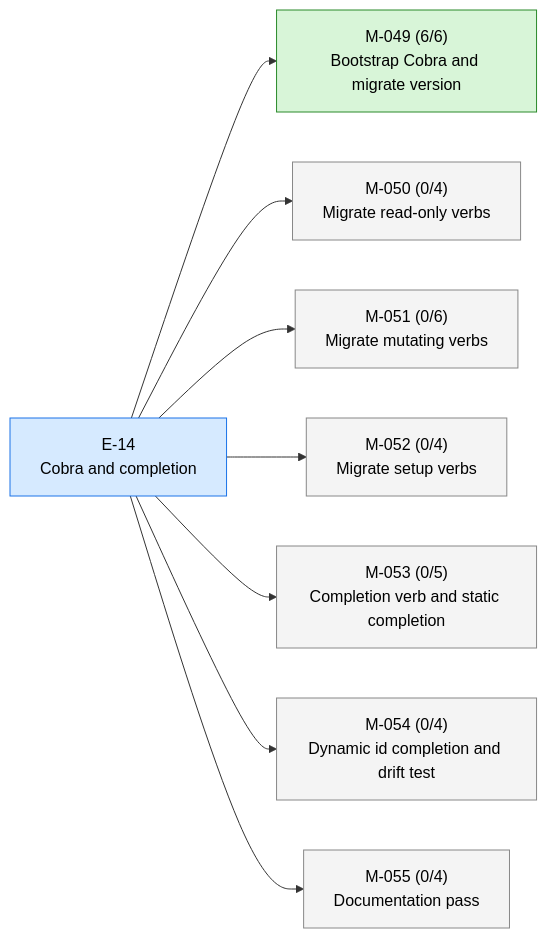
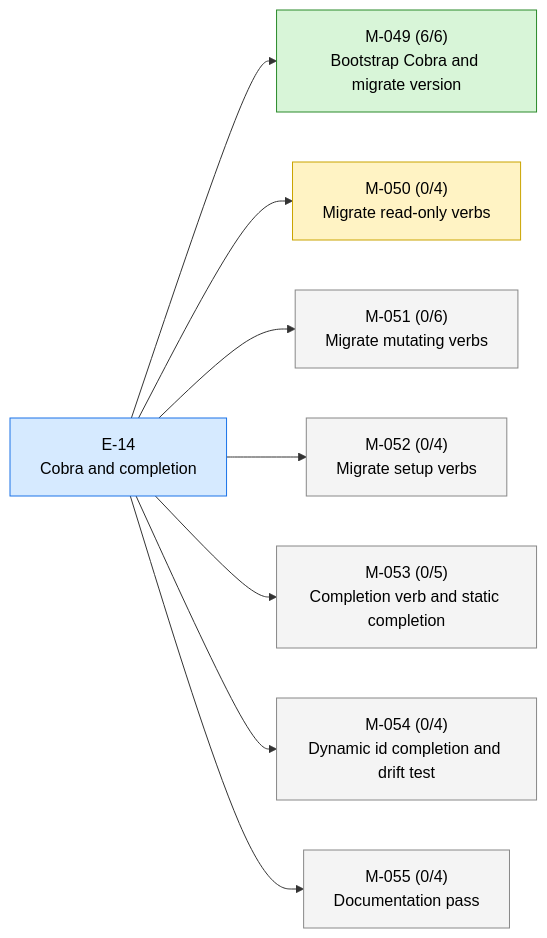
One commit to 23min/aiwf changed the first of 2 diagrams in STATUS.md. Above: the diagram before and after it, drawn with Mermaid. The commit also changed other lines of this file and 1 other file, not shown here.

First line of the commit message:
aiwf promote M-050 draft -> in_progress

````diff
--- a/STATUS.md
+++ b/STATUS.md
@@ -17,24 +17,24 @@
 ```mermaid
 flowchart LR
   E_14["E-14<br/>Cobra and completion"]:::epic_active
   M_049["M-049 (6/6)<br/>Bootstrap Cobra and migrate version"]:::ms_done
   E_14 --> M_049
-  M_050["M-050 (0/4)<br/>Migrate read-only verbs"]:::ms_draft
+  M_050["M-050 (0/4)<br/>Migrate read-only verbs"]:::ms_in_progress
   E_14 --> M_050
   M_051["M-051 (0/6)<br/>Migrate mutating verbs"]:::ms_draft
   E_14 --> M_051
   M_052["M-052 (0/4)<br/>Migrate setup verbs"]:::ms_draft
   E_14 --> M_052
   M_053["M-053 (0/5)<br/>Completion verb and static completion"]:::ms_draft
   E_14 --> M_053
   M_054["M-054 (0/4)<br/>Dynamic id completion and drift test"]:::ms_draft
   E_14 --> M_054
   M_055["M-055 (0/4)<br/>Documentation pass"]:::ms_draft
   E_14 --> M_055
   classDef epic_active fill:#d6eaff,stroke:#1a73e8,color:#000
   classDef epic_proposed fill:#f4f4f4,stroke:#888,color:#000
   classDef ms_done fill:#d8f5d8,stroke:#2a8a2a,color:#000
   classDef ms_in_progress fill:#fff3c4,stroke:#caa400,color:#000
   classDef ms_draft fill:#f4f4f4,stroke:#888,color:#000
   classDef ms_cancelled fill:#fbeaea,stroke:#c33,color:#000
 ```
````
